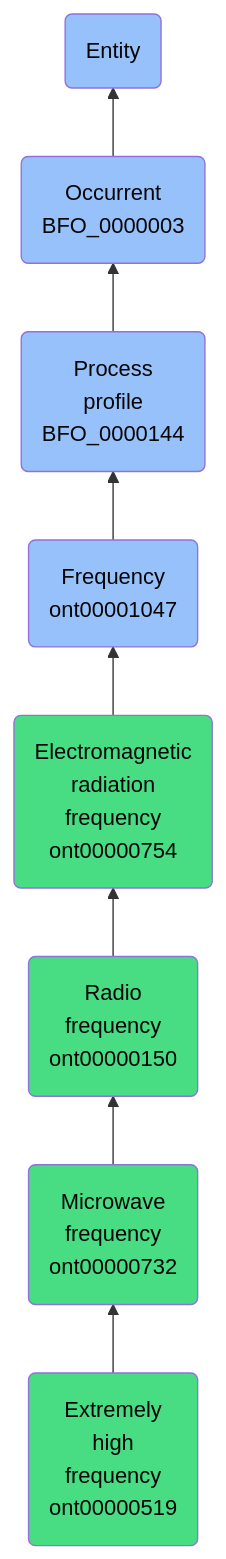
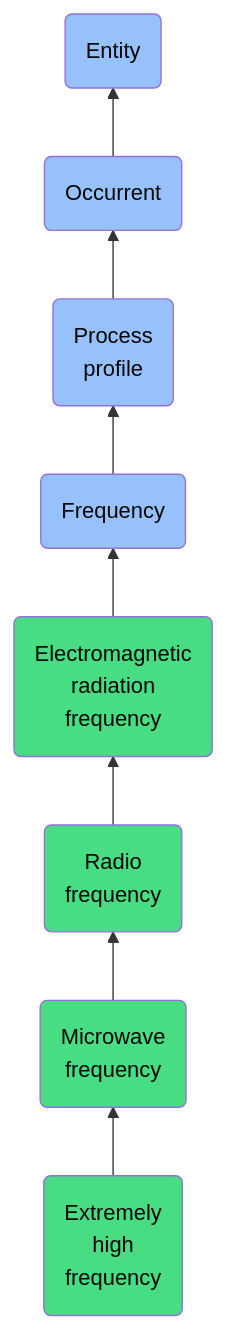
Before and after one commit to jupyter-naas/abi: the diagram in docs/ontology/reference/model/Entity/Occurrent/Process profile/Frequency/Electromagnetic radiation frequency/Radio frequency/Microwave frequency/Extremely high frequency/Extremely high frequency.md, drawn with Mermaid. The commit also changed other lines of this file and 1430 other files, not shown here.

````diff
--- a/docs/ontology/reference/model/Entity/Occurrent/Process profile/Frequency/Electromagnetic radiation frequency/Radio frequency/Microwave frequency/Extremely high frequency/Extremely high frequency.md
+++ b/docs/ontology/reference/model/Entity/Occurrent/Process profile/Frequency/Electromagnetic radiation frequency/Radio frequency/Microwave frequency/Extremely high frequency/Extremely high frequency.md
@@ -25,15 +25,15 @@
 ```mermaid
 graph BT
-    ont00000519(Extremely<br>high<br>frequency<br>ont00000519):::ABI-->ont00000732
-    ont00000732(Microwave<br>frequency<br>ont00000732):::ABI-->ont00000150
-    ont00000150(Radio<br>frequency<br>ont00000150):::ABI-->ont00000754
-    ont00000754(Electromagnetic<br>radiation<br>frequency<br>ont00000754):::ABI-->ont00001047
-    ont00001047(Frequency<br>ont00001047):::BFO-->BFO_0000144
-    BFO_0000144(Process<br>profile<br>BFO_0000144):::BFO-->BFO_0000003
-    BFO_0000003(Occurrent<br>BFO_0000003):::BFO-->BFO_0000001
+    ont00000519(Extremely<br>high<br>frequency):::ABI-->ont00000732
+    ont00000732(Microwave<br>frequency):::ABI-->ont00000150
+    ont00000150(Radio<br>frequency):::ABI-->ont00000754
+    ont00000754(Electromagnetic<br>radiation<br>frequency):::ABI-->ont00001047
+    ont00001047(Frequency):::BFO-->BFO_0000144
+    BFO_0000144(Process<br>profile):::BFO-->BFO_0000003
+    BFO_0000003(Occurrent):::BFO-->BFO_0000001
     BFO_0000001(Entity):::BFO
     
     classDef BFO fill:#97c1fb,color:#060606
     classDef CCO fill:#e4c51e,color:#060606
     classDef ABI fill:#48DD82,color:#060606
 ```
````
